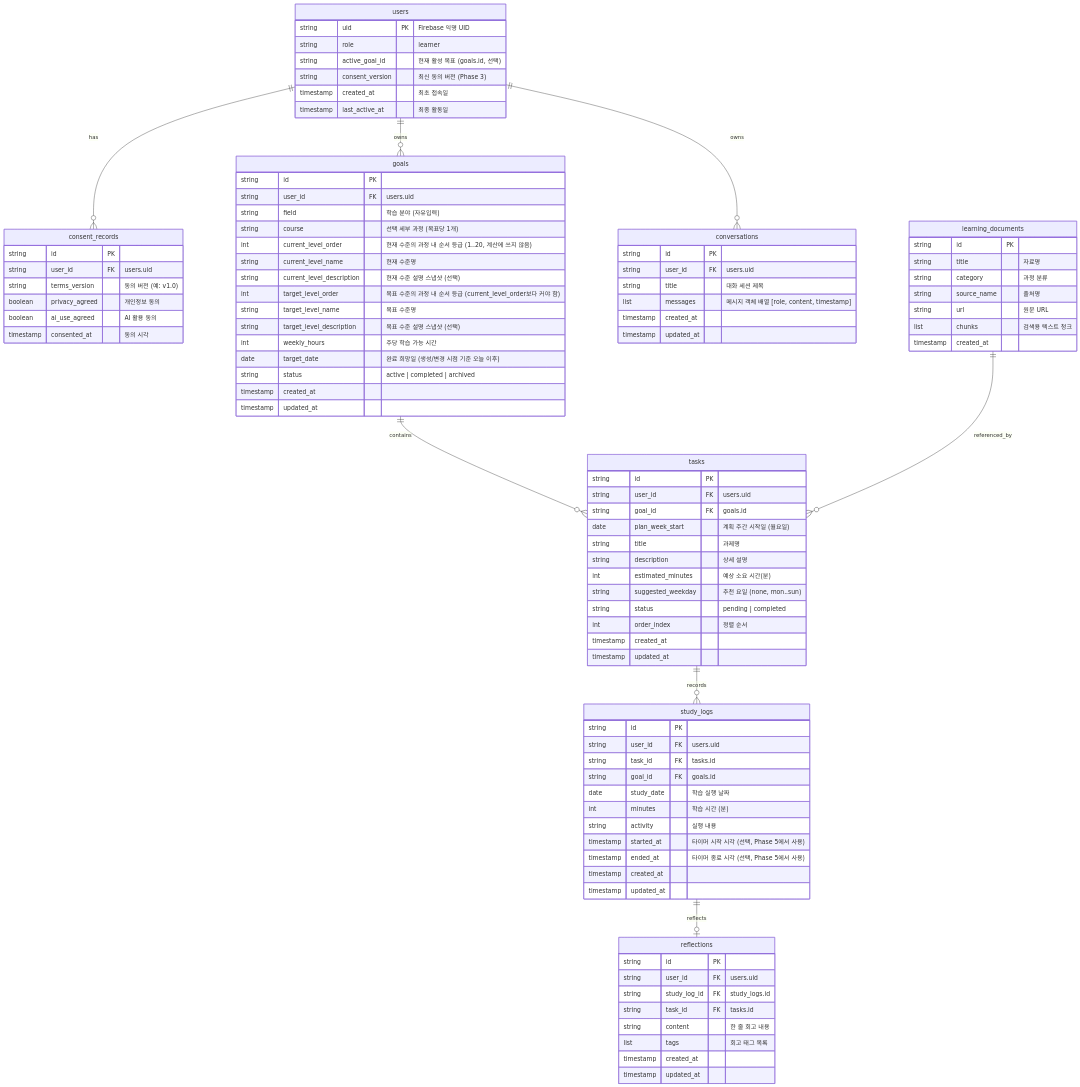
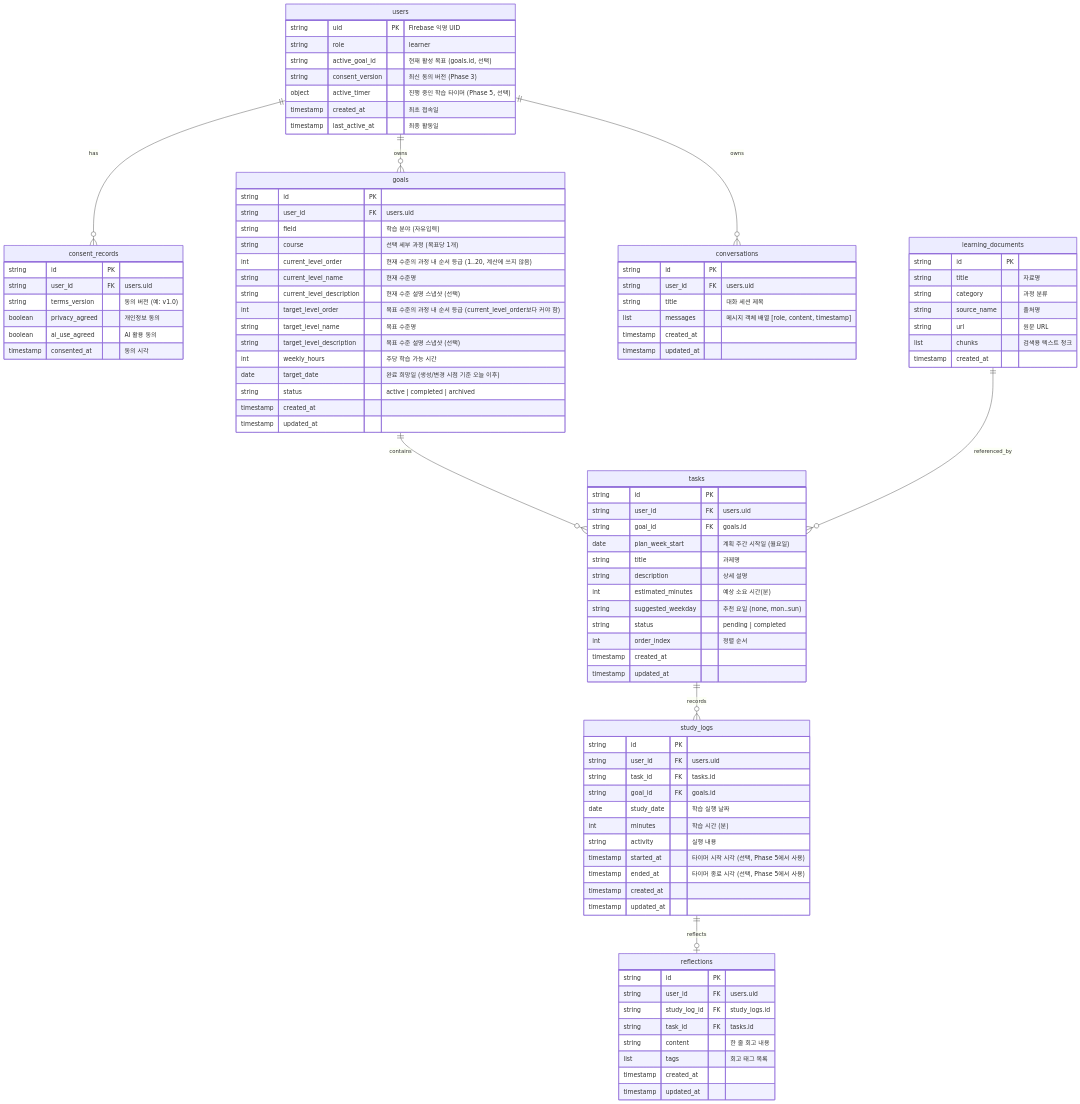
One commit to yong05610/ai-n-fprj changed the diagram in docs/phase1_design.md. Above: the diagram before and after it, drawn with Mermaid. The commit also changed other lines of this file and 12 other files, not shown here.

First line of the commit message:
feat(exec): implement Phase 5 study logs, timer, and dashboard summary

```diff
--- a/docs/phase1_design.md
+++ b/docs/phase1_design.md
@@ -87,6 +87,7 @@
         string role "learner"
         string active_goal_id "현재 활성 목표 (goals.id, 선택)"
         string consent_version "최신 동의 버전 (Phase 3)"
+        object active_timer "진행 중인 학습 타이머 (Phase 5, 선택)"
         timestamp created_at "최초 접속일"
         timestamp last_active_at "최종 활동일"
     }
```
